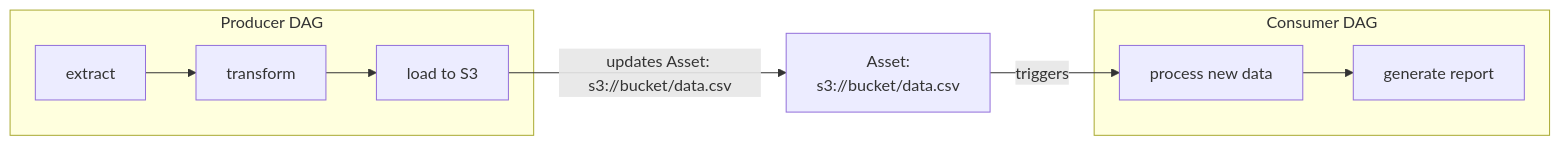
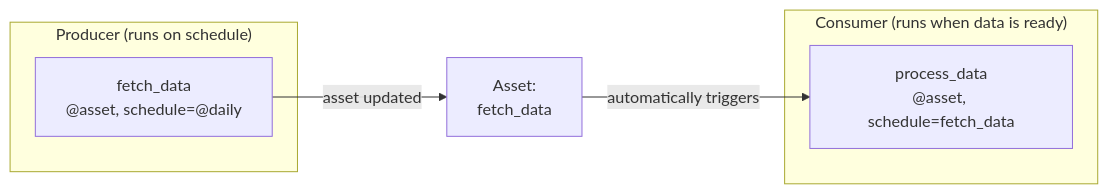
Diagram 20 of 22 in Notes/Apache_Airflow_Complete_Course.md (BouTayehGaby/learning-airflow), drawn with Mermaid before and after one commit. The commit also changed other lines of this file and 2 other files, not shown here.

````diff
--- a/Notes/Apache_Airflow_Complete_Course.md
+++ b/Notes/Apache_Airflow_Complete_Course.md
@@ -1159,14 +1178,14 @@
 ```mermaid
 flowchart LR
-    subgraph "Producer DAG"
-        P1["extract"] --> P2["transform"] --> P3["load to S3"]
+    subgraph "Producer (runs on schedule)"
+        F["fetch_data<br/>@asset, schedule=@daily"]
     end
 
-    P3 -->|"updates Asset: s3://bucket/data.csv"| ASSET["Asset:<br/>s3://bucket/data.csv"]
+    F -->|"asset updated"| ASSET["Asset:<br/>fetch_data"]
 
-    ASSET -->|"triggers"| C1
+    ASSET -->|"automatically triggers"| P
 
-    subgraph "Consumer DAG"
-        C1["process new data"] --> C2["generate report"]
+    subgraph "Consumer (runs when data is ready)"
+        P["process_data<br/>@asset, schedule=fetch_data"]
     end
 ```
````
